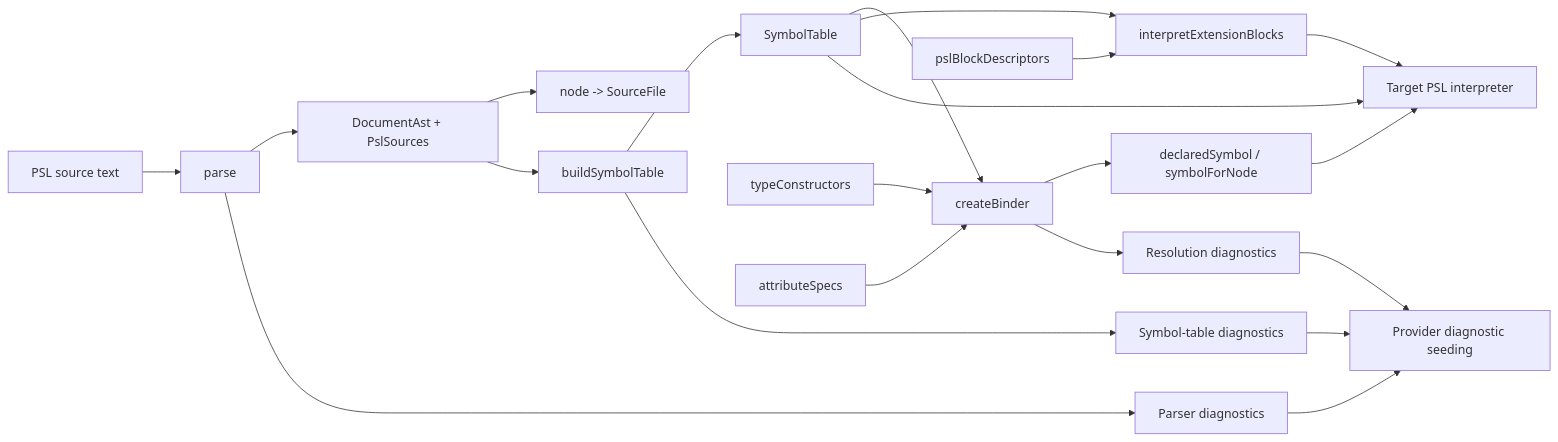
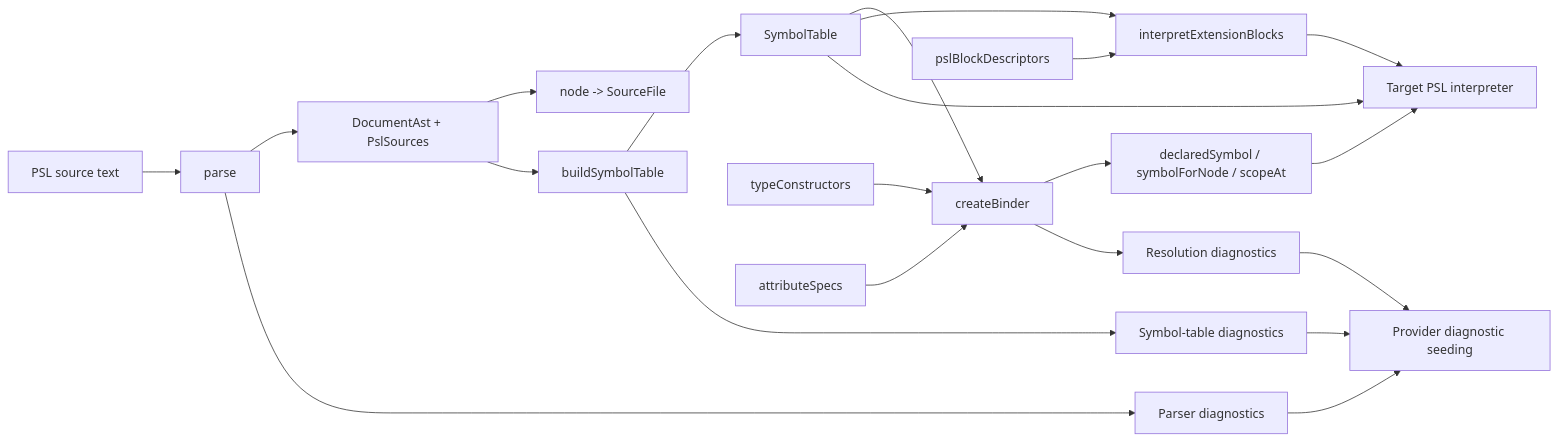
The diagram in packages/1-framework/2-authoring/psl-parser/README.md (RaphaelFakhri/orm), drawn with Mermaid before and after one commit. The commit also changed other lines of this file and 42 other files, not shown here.

````diff
--- a/packages/1-framework/2-authoring/psl-parser/README.md
+++ b/packages/1-framework/2-authoring/psl-parser/README.md
@@ -148,23 +157,23 @@
 ```mermaid
 flowchart LR
   PSL[PSL source text] --> Parse[parse]
   Parse --> CST[DocumentAst + PslSources]
   Parse --> ParseDiagnostics[Parser diagnostics]
   CST --> SourceLookup[node -> SourceFile]
   CST --> Symbols[buildSymbolTable]
   Symbols --> SymbolTable[SymbolTable]
   Symbols --> SymbolDiagnostics[Symbol-table diagnostics]
   SymbolTable --> Binder[createBinder]
   TypeConstructors[typeConstructors] --> Binder
   AttributeSpecs[attributeSpecs] --> Binder
-  Binder --> BinderQueries[declaredSymbol / symbolForNode]
+  Binder --> BinderQueries[declaredSymbol / symbolForNode / scopeAt]
   Binder --> BinderDiagnostics[Resolution diagnostics]
   SymbolTable --> Blocks[interpretExtensionBlocks]
   Descriptors[pslBlockDescriptors] --> Blocks
   Blocks --> Interpreter[Target PSL interpreter]
   SymbolTable --> Interpreter
   BinderQueries --> Interpreter
   ParseDiagnostics --> Provider[Provider diagnostic seeding]
   SymbolDiagnostics --> Provider
   BinderDiagnostics --> Provider
 ```
````
